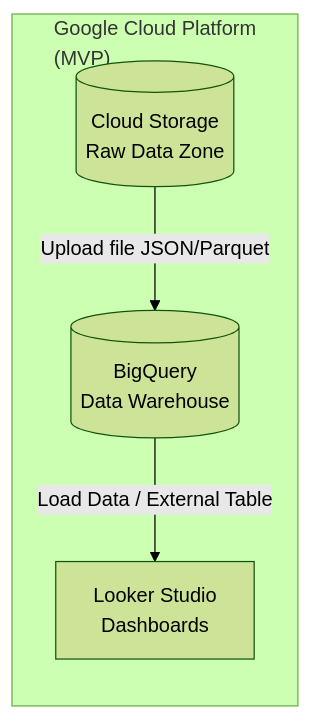
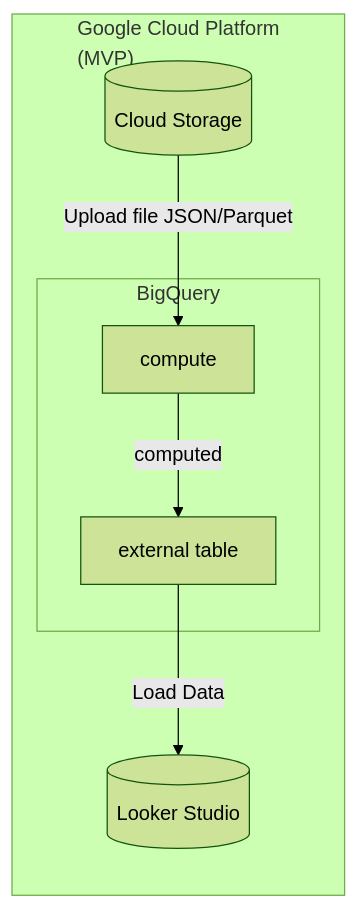
Before and after one commit to hoangf384/Bigdata: the diagram in README.md, drawn with Mermaid (forest theme). The commit also changed other lines of this file, not shown here.

````diff
--- a/README.md
+++ b/README.md
@@ -47,11 +50,18 @@
 ```mermaid
 graph LR
     subgraph "Google Cloud Platform <br/>(MVP)"
-        A[(Cloud Storage<br/>Raw Data Zone)]
-        B[(BigQuery<br/>Data Warehouse)]
-        C[Looker Studio<br/>Dashboards]
+        A[(Cloud Storage)]
+        subgraph "BigQuery"
+            B["compute"]
+            C["external table"]
+        end
+        D[(Looker Studio)]
     end
 
+    subgraph "BigQuery"
+
+    end
     A -->|Upload file JSON/Parquet| B
-    B -->|Load Data / External Table| C
+    B -->|computed| C
+    C -->|Load Data| D
 ```
````
